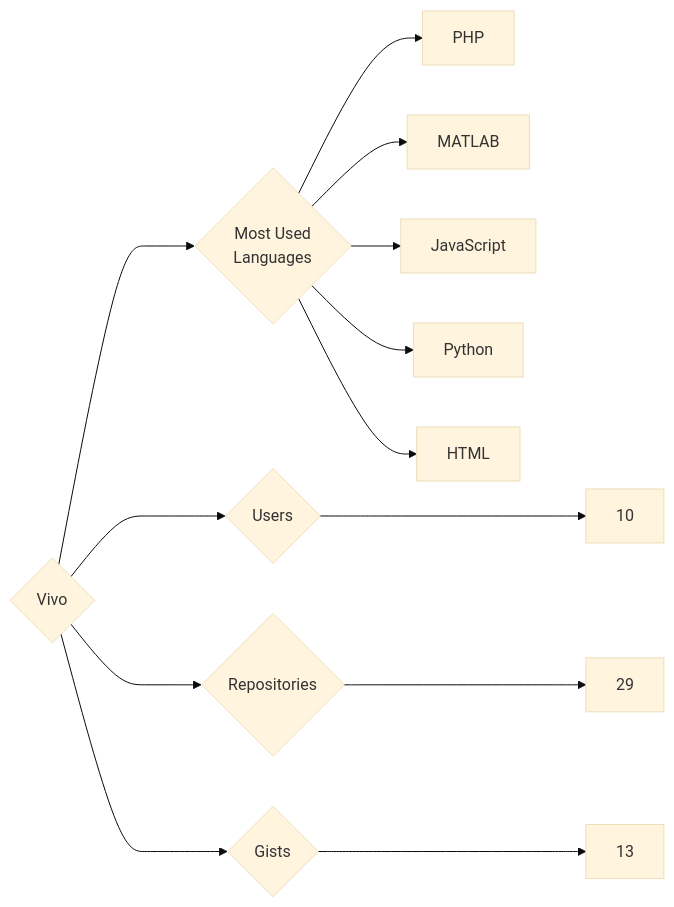
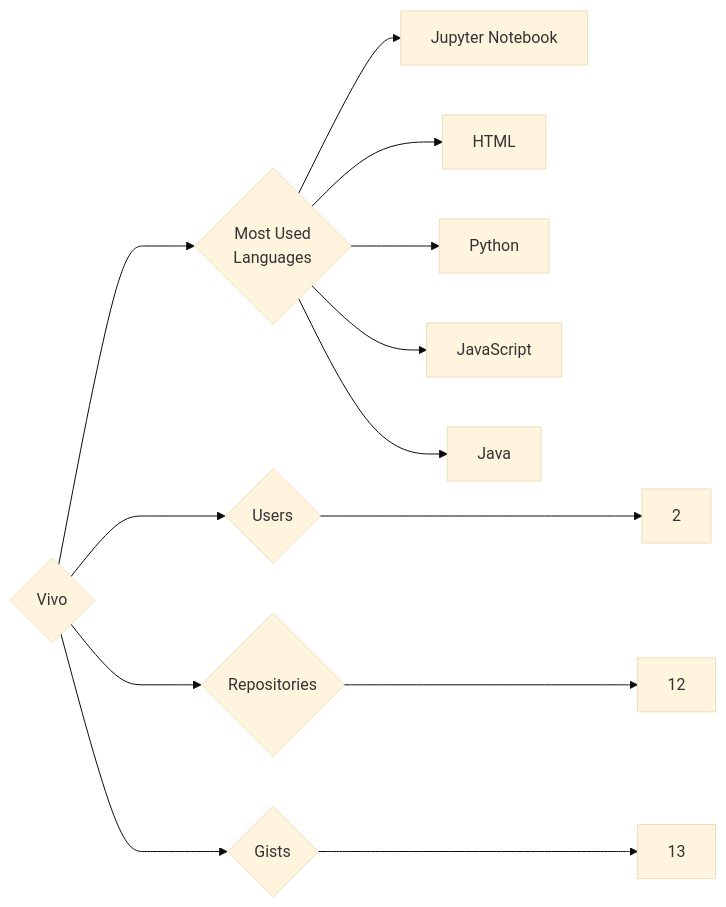
The diagram in targets/Vivo/README.md (trickest/insiders), drawn with Mermaid (base theme) before and after one commit. The commit also changed 1696 other files, not shown here.

````diff
--- a/targets/Vivo/README.md
+++ b/targets/Vivo/README.md
@@ -3,13 +3,13 @@
 ```mermaid
 graph LR
 COMPANY_NAME{Vivo}
-COMPANY_NAME ---> U{Users} ---> UN[10]
-COMPANY_NAME ---> R{Repositories} ---> RN[29]
+COMPANY_NAME ---> U{Users} ---> UN[2]
+COMPANY_NAME ---> R{Repositories} ---> RN[12]
 COMPANY_NAME ---> G{Gists} ---> GN[13]
 COMPANY_NAME ---> ML{Most Used<br>Languages}
-ML --> PHP[PHP]
-ML --> MATLAB[MATLAB]
+ML --> Jupyter_Notebook[Jupyter Notebook]
+ML --> HTML[HTML]
+ML --> Python[Python]
 ML --> JavaScript[JavaScript]
-ML --> Python[Python]
-ML --> HTML[HTML]
+ML --> Java[Java]
 ```
````
